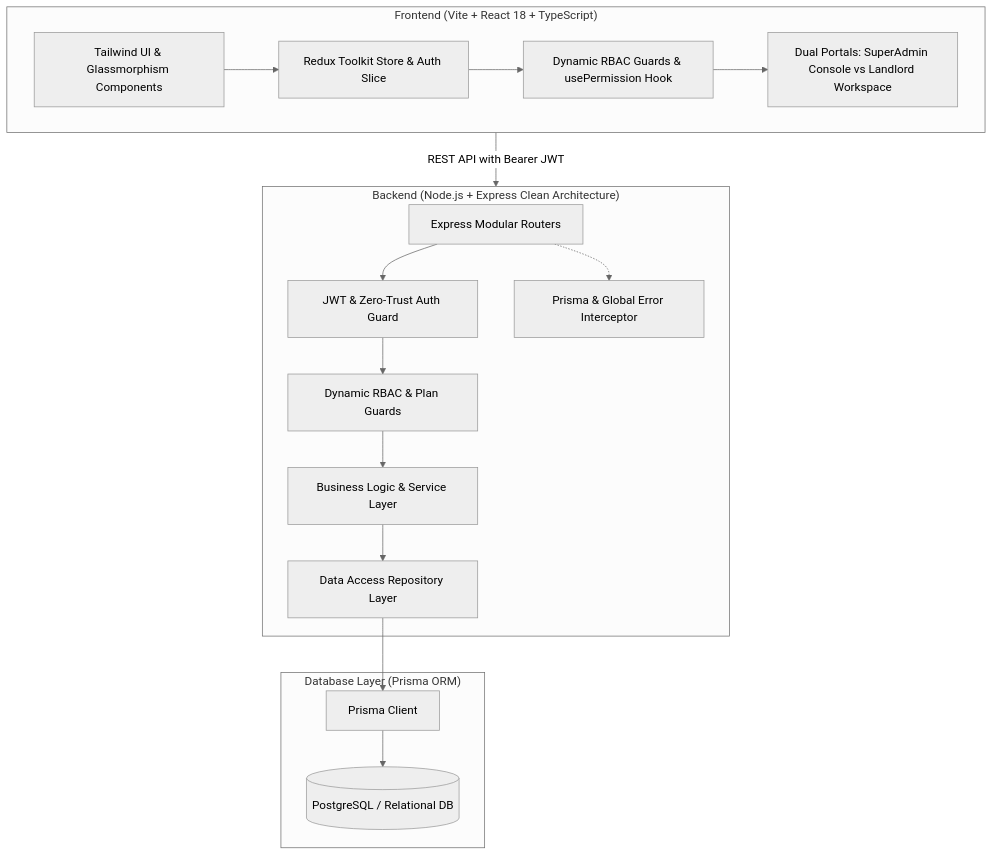
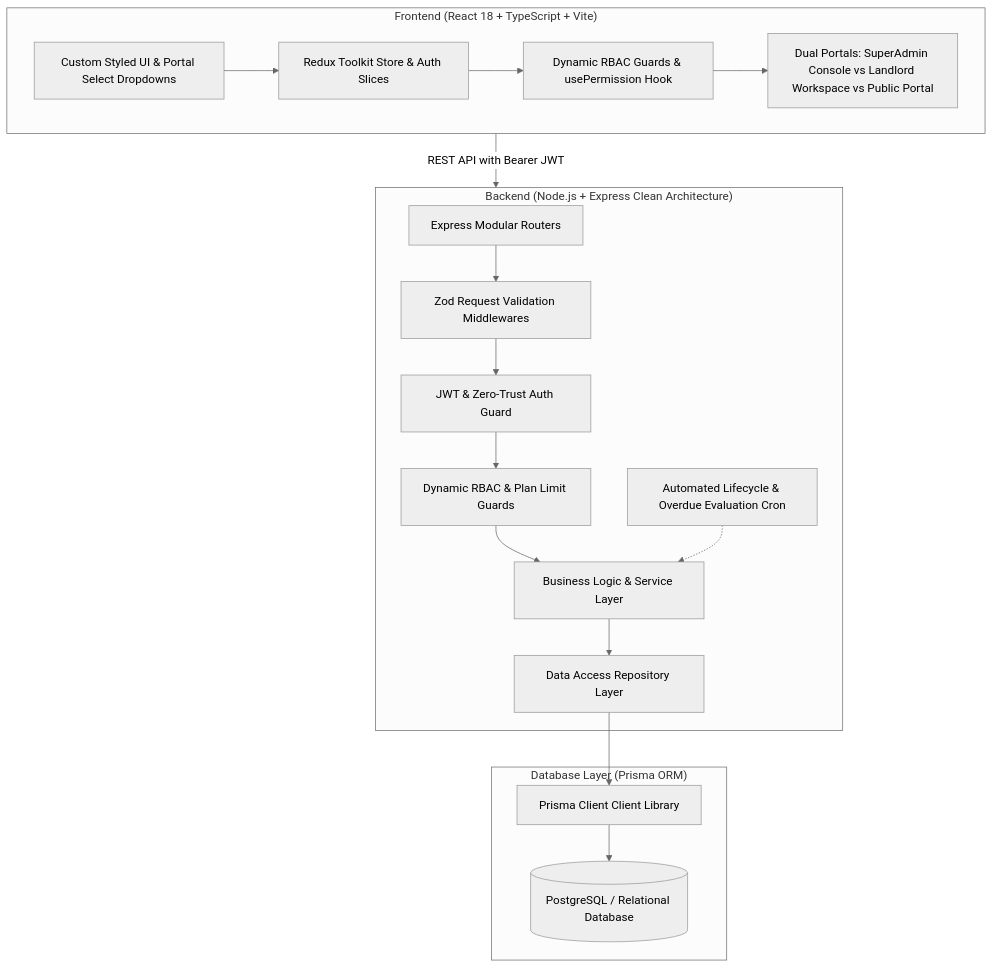
The diagram in RENTMATE_FULL_DOCUMENTATION.md (bharat468/clint), drawn with Mermaid (neutral theme) before and after one commit. The commit also changed other lines of this file and 1 other file, not shown here.

````diff
--- a/RENTMATE_FULL_DOCUMENTATION.md
+++ b/RENTMATE_FULL_DOCUMENTATION.md
@@ -41,36 +46,38 @@
 ```mermaid
 graph TD
-    subgraph Client ["Frontend (Vite + React 18 + TypeScript)"]
-        UI[Tailwind UI & Glassmorphism Components]
-        Store[Redux Toolkit Store & Auth Slice]
+    subgraph Client ["Frontend (React 18 + TypeScript + Vite)"]
+        UI[Custom Styled UI & Portal Select Dropdowns]
+        Store[Redux Toolkit Store & Auth Slices]
         Gate[Dynamic RBAC Guards & usePermission Hook]
-        Portals[Dual Portals: SuperAdmin Console vs Landlord Workspace]
+        Portals[Dual Portals: SuperAdmin Console vs Landlord Workspace vs Public Portal]
         UI --> Store
         Store --> Gate
         Gate --> Portals
     end
 
     subgraph Server ["Backend (Node.js + Express Clean Architecture)"]
         Routes[Express Modular Routers]
+        ValMid[Zod Request Validation Middlewares]
         AuthGuard[JWT & Zero-Trust Auth Guard]
-        RBACGuard[Dynamic RBAC & Plan Guards]
+        RBACGuard[Dynamic RBAC & Plan Limit Guards]
         Services[Business Logic & Service Layer]
         Repos[Data Access Repository Layer]
-        ErrMid[Prisma & Global Error Interceptor]
+        Cron[Automated Lifecycle & Overdue Evaluation Cron]
 
-        Routes --> AuthGuard
+        Routes --> ValMid
+        ValMid --> AuthGuard
         AuthGuard --> RBACGuard
         RBACGuard --> Services
         Services --> Repos
-        Routes -.-> ErrMid
+        Cron -.-> Services
     end
 
     subgraph Storage ["Database Layer (Prisma ORM)"]
-        PrismaClient[Prisma Client]
-        DB[(PostgreSQL / Relational DB)]
+        PrismaClient[Prisma Client Client Library]
+        DB[(PostgreSQL / Relational Database)]
         Repos --> PrismaClient
         PrismaClient --> DB
     end
 
     Client -->|REST API with Bearer JWT| Server
 ```
````
